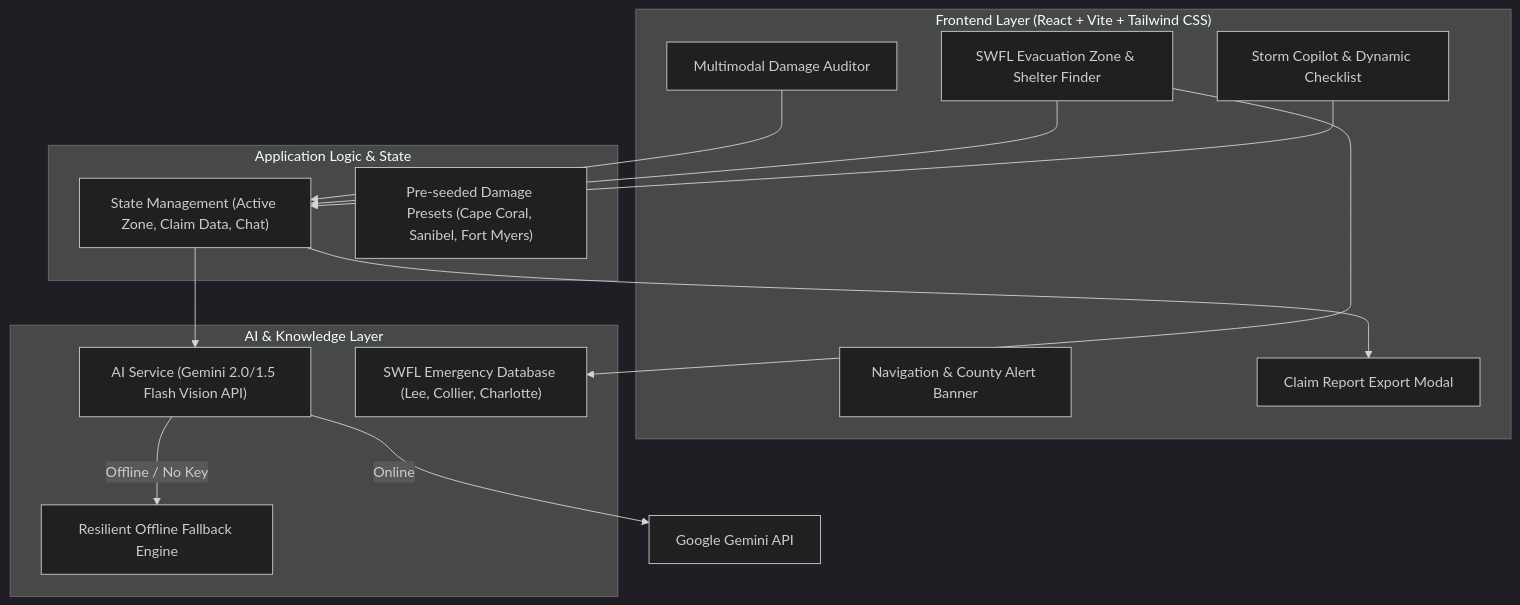
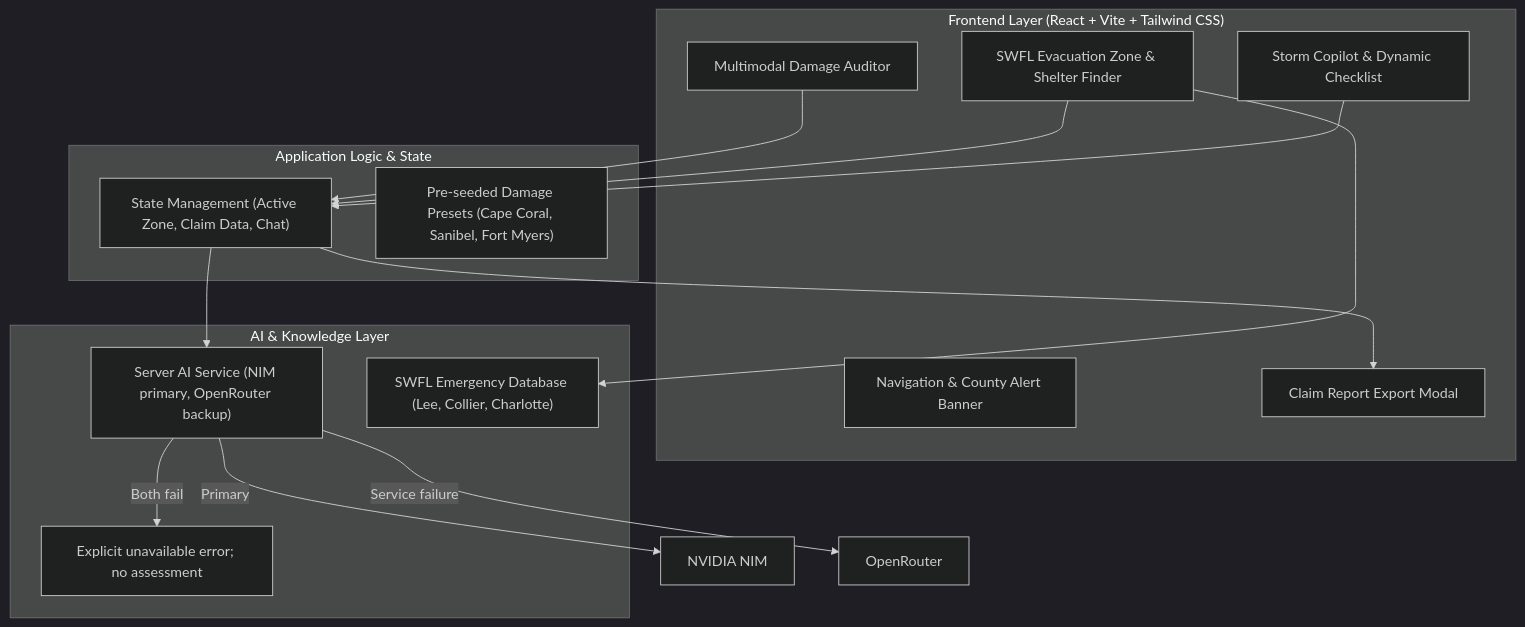
One commit to Tejas-Upadhyay/hAIckaton changed the diagram in plan.md. Above: the diagram before and after it, drawn with Mermaid (dark theme). The commit also changed other lines of this file and 33 other files, not shown here.

````diff
--- a/plan.md
+++ b/plan.md
@@ -77,30 +79,31 @@
 ```mermaid
 flowchart TD
     subgraph UI["Frontend Layer (React + Vite + Tailwind CSS)"]
         Nav["Navigation & County Alert Banner"]
         Auditor["Multimodal Damage Auditor"]
         ZoneNav["SWFL Evacuation Zone & Shelter Finder"]
         Copilot["Storm Copilot & Dynamic Checklist"]
         Modal["Claim Report Export Modal"]
     end
 
     subgraph Logic["Application Logic & State"]
         Store["State Management (Active Zone, Claim Data, Chat)"]
         PresetEngine["Pre-seeded Damage Presets (Cape Coral, Sanibel, Fort Myers)"]
     end
 
     subgraph Service["AI & Knowledge Layer"]
-        AIService["AI Service (Gemini 2.0/1.5 Flash Vision API)"]
+        AIService["Server AI Service (NIM primary, OpenRouter backup)"]
         LocalDB["SWFL Emergency Database (Lee, Collier, Charlotte)"]
-        Fallback["Resilient Offline Fallback Engine"]
+        Error["Explicit unavailable error; no assessment"]
     end
 
     Auditor --> Store
     ZoneNav --> Store
     Copilot --> Store
     Store --> AIService
-    AIService -->|Online| CloudAI["Google Gemini API"]
-    AIService -->|Offline / No Key| Fallback
+    AIService -->|Primary| NIM["NVIDIA NIM"]
+    AIService -->|Service failure| OpenRouter["OpenRouter"]
+    AIService -->|Both fail| Error
     ZoneNav --> LocalDB
     Store --> Modal
 ```
````
